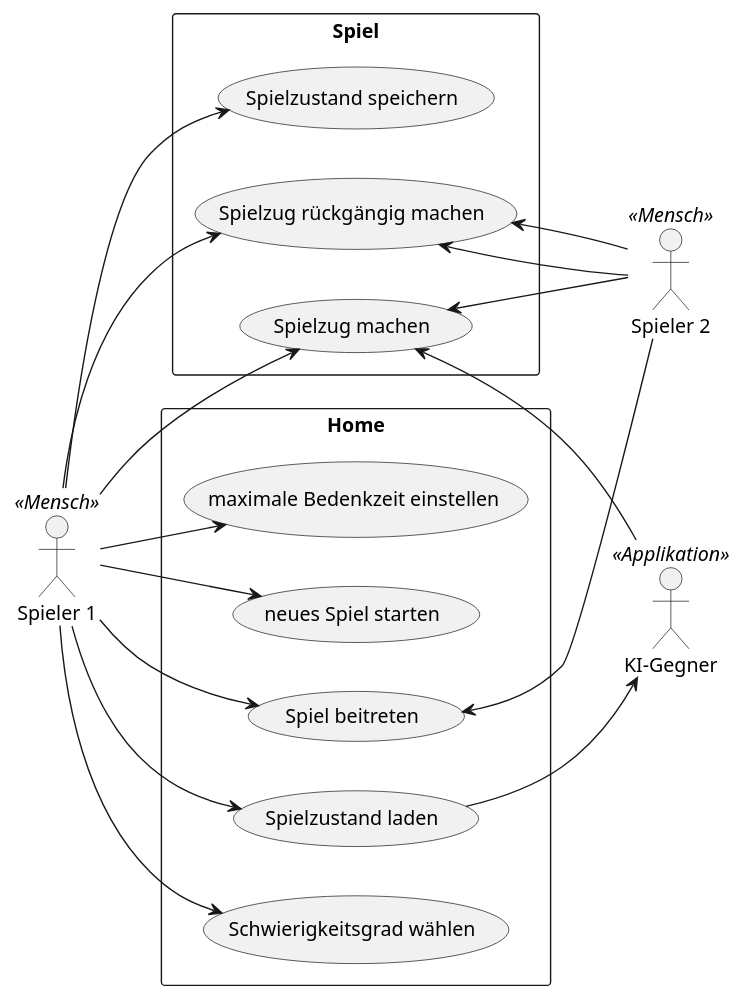
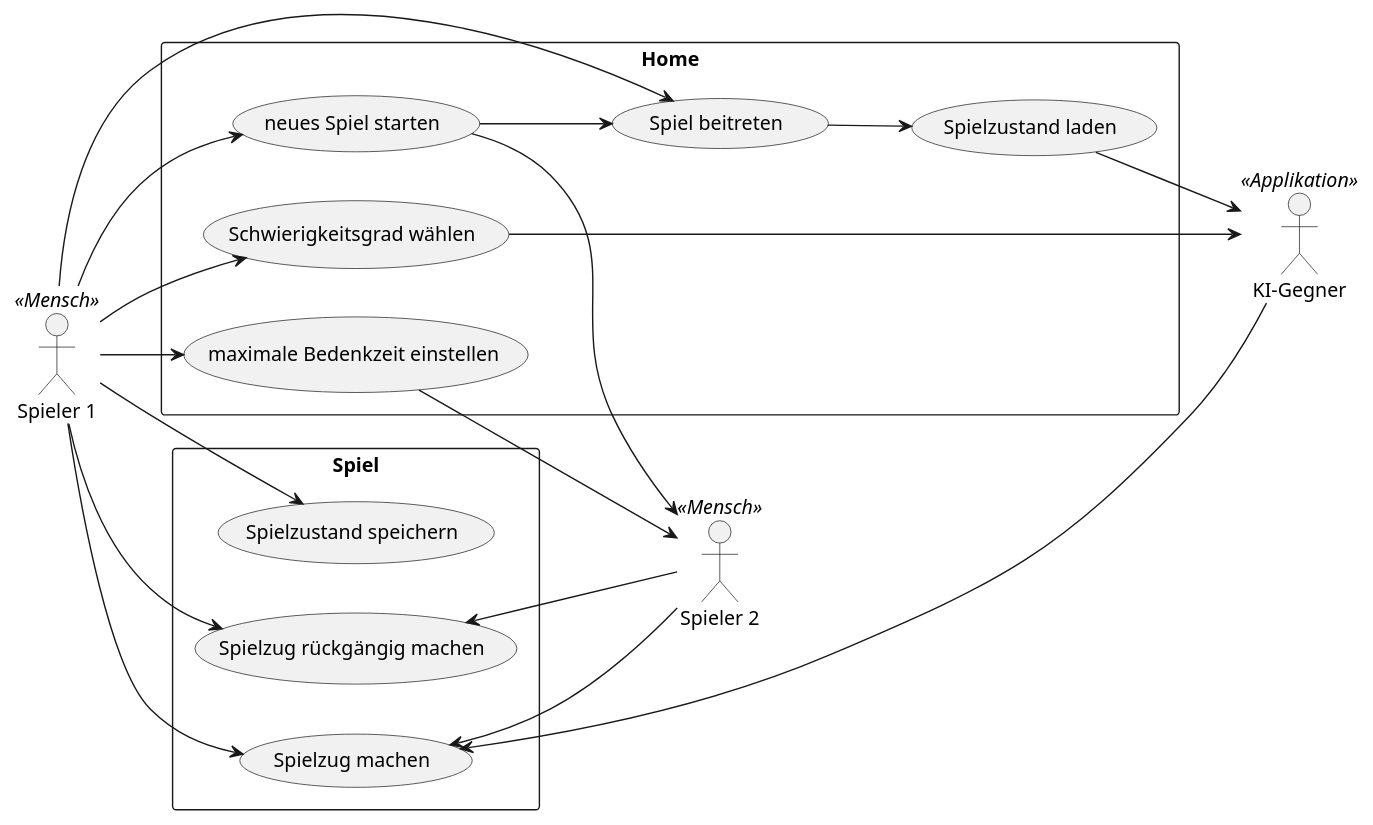
One commit to RyanMikus/muehlespiel_java_fs25 changed the diagram in Diagrams/UseCase.puml. Above: the diagram before and after it, drawn with PlantUML.

```diff
--- a/Diagrams/UseCase.puml
+++ b/Diagrams/UseCase.puml
@@ -1,39 +1,41 @@
 @startuml
 
 left to right direction
 
 :Spieler 1: as act1 << Mensch >>
 :Spieler 2: as act2 << Mensch >>
 :KI-Gegner: as act3 << Applikation >>
 
 rectangle Spiel {
     (Spielzug machen) as UC1
     (Spielzug rückgängig machen) as UC2
     (Spielzustand speichern) as UC3
 }
 
 rectangle Home {
     (neues Spiel starten) as UC4
     (Spiel beitreten) as UC5
     (Spielzustand laden) as UC6
     (Schwierigkeitsgrad wählen) as UC7
     (maximale Bedenkzeit einstellen) as UC8
 }
 
 act1 --> UC1
 act1 --> UC2
 act1 --> UC3
 act1 --> UC4
 act1 --> UC5
-act1 --> UC6
 act1 --> UC7
 act1 --> UC8
 
 UC1 <-- act2
 UC2 <-- act2
-UC2 <-- act2
-UC5 <-- act2
+UC4 --> act2
+UC4 --> UC5
+UC5 --> UC6
+UC8 --> act2
 
 UC1 <-- act3
 UC6 --> act3
+UC7 --> act3
 @enduml
```
